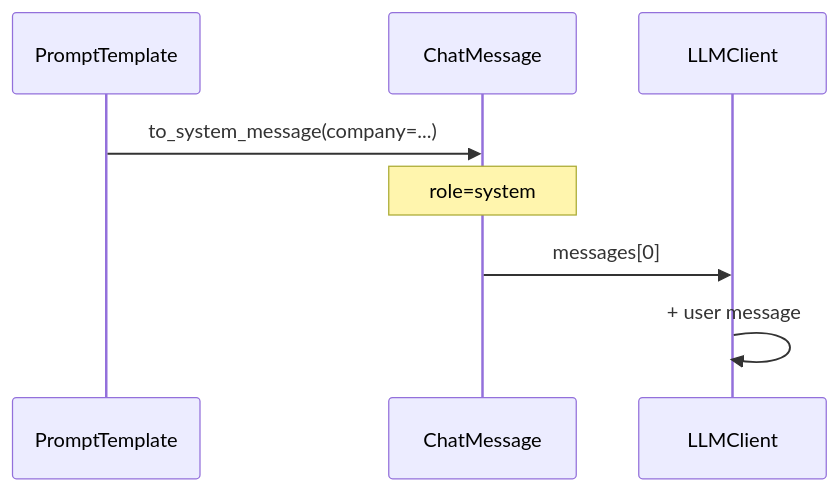
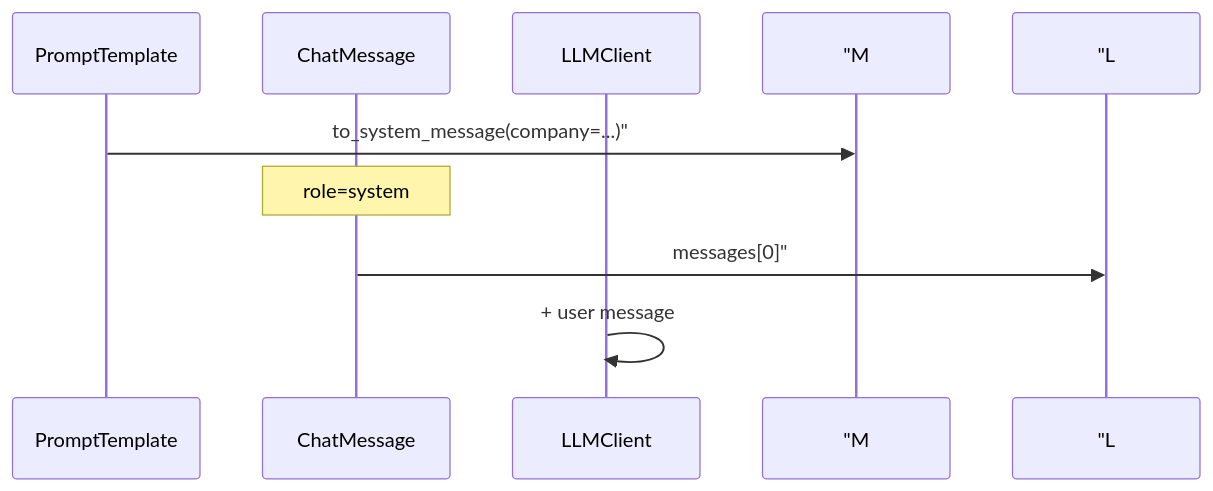
Before and after one commit to ab6539763/70_days_course_plus: the first of 3 diagrams in course/day17/11_Prompt模板详解.md, drawn with Mermaid. The commit also changed 134 other files, not shown here.

````diff
--- a/course/day17/11_Prompt模板详解.md
+++ b/course/day17/11_Prompt模板详解.md
@@ -99,11 +99,11 @@
 ```mermaid
 sequenceDiagram
     participant T as PromptTemplate
     participant M as ChatMessage
     participant L as LLMClient
 
-    T->>M: to_system_message(company=...)
+    T->> "M: to_system_message(company=...)"
     Note over M: role=system
-    M->>L: messages[0]
+    M->> "L: messages[0]"
     L->>L: + user message
 ```
````
